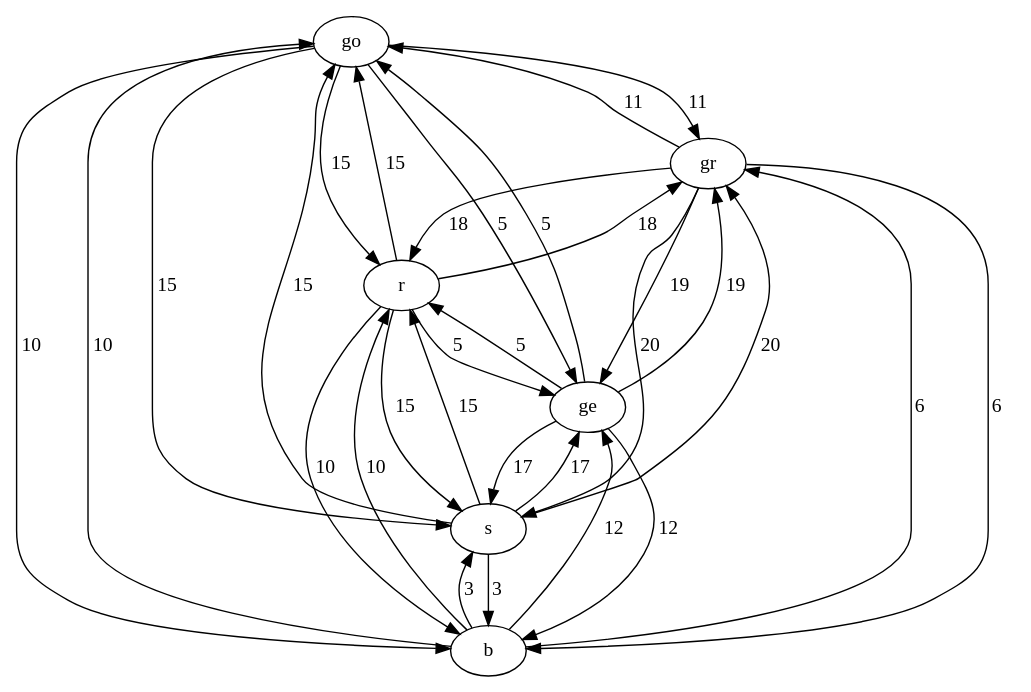
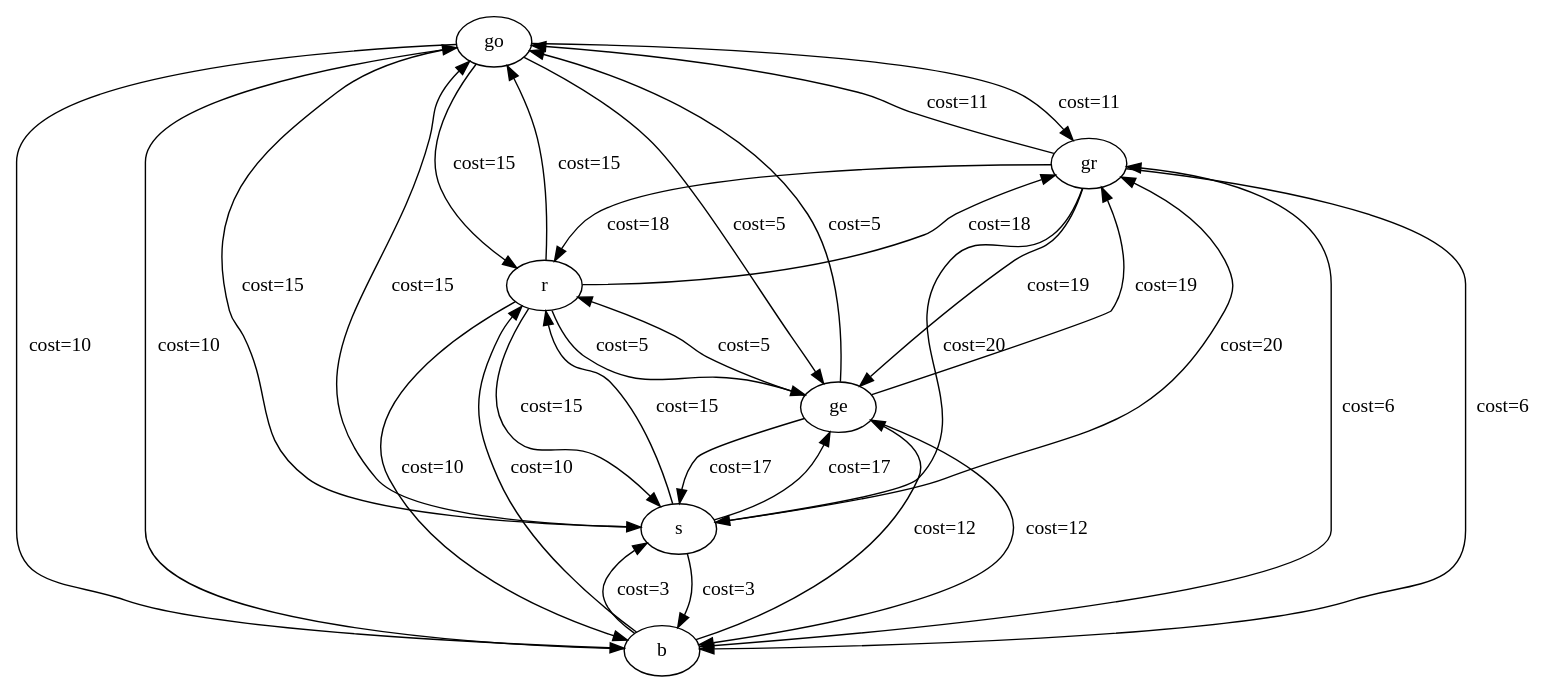
Before and after one commit to MaxPower9001/B-AI3GKAP: the diagram in io/graph_12.dot, drawn with Graphviz. The commit also changed 20 other files, not shown here.

```diff
--- a/io/graph_12.dot
+++ b/io/graph_12.dot
@@ -1,39 +1,39 @@
 digraph graph_12
 {
 go
 gr
 b
 s
 ge
 r
-go -> gr [label="11  "]
-go -> b [label="10  "]
-go -> s [label="15  "]
-go -> ge [label="5  "]
-go -> r [label="15  "]
-gr -> go [label="11  "]
-gr -> b [label="6  "]
-gr -> s [label="20  "]
-gr -> ge [label="19  "]
-gr -> r [label="18  "]
-b -> go [label="10  "]
-b -> gr [label="6  "]
-b -> s [label="3  "]
-b -> ge [label="12  "]
-b -> r [label="10  "]
-s -> go [label="15  "]
-s -> gr [label="20  "]
-s -> b [label="3  "]
-s -> ge [label="17  "]
-s -> r [label="15  "]
-ge -> go [label="5  "]
-ge -> gr [label="19  "]
-ge -> b [label="12  "]
-ge -> s [label="17  "]
-ge -> r [label="5  "]
-r -> go [label="15  "]
-r -> gr [label="18  "]
-r -> b [label="10  "]
-r -> s [label="15  "]
-r -> ge [label="5  "]
+go -> gr [label="cost=11  "]
+go -> b [label="cost=10  "]
+go -> s [label="cost=15  "]
+go -> ge [label="cost=5  "]
+go -> r [label="cost=15  "]
+gr -> go [label="cost=11  "]
+gr -> b [label="cost=6  "]
+gr -> s [label="cost=20  "]
+gr -> ge [label="cost=19  "]
+gr -> r [label="cost=18  "]
+b -> go [label="cost=10  "]
+b -> gr [label="cost=6  "]
+b -> s [label="cost=3  "]
+b -> ge [label="cost=12  "]
+b -> r [label="cost=10  "]
+s -> go [label="cost=15  "]
+s -> gr [label="cost=20  "]
+s -> b [label="cost=3  "]
+s -> ge [label="cost=17  "]
+s -> r [label="cost=15  "]
+ge -> go [label="cost=5  "]
+ge -> gr [label="cost=19  "]
+ge -> b [label="cost=12  "]
+ge -> s [label="cost=17  "]
+ge -> r [label="cost=5  "]
+r -> go [label="cost=15  "]
+r -> gr [label="cost=18  "]
+r -> b [label="cost=10  "]
+r -> s [label="cost=15  "]
+r -> ge [label="cost=5  "]
 }
```
